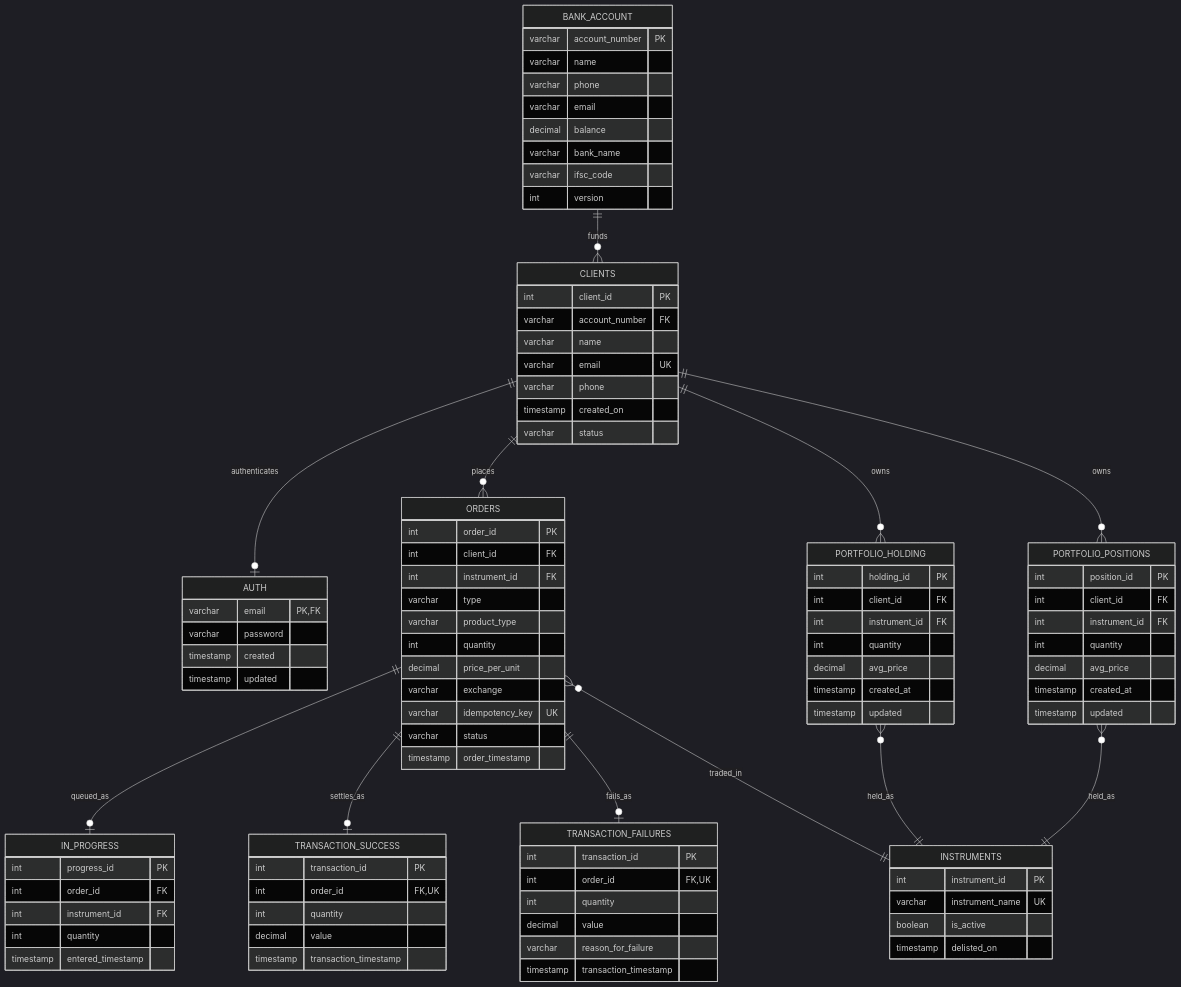
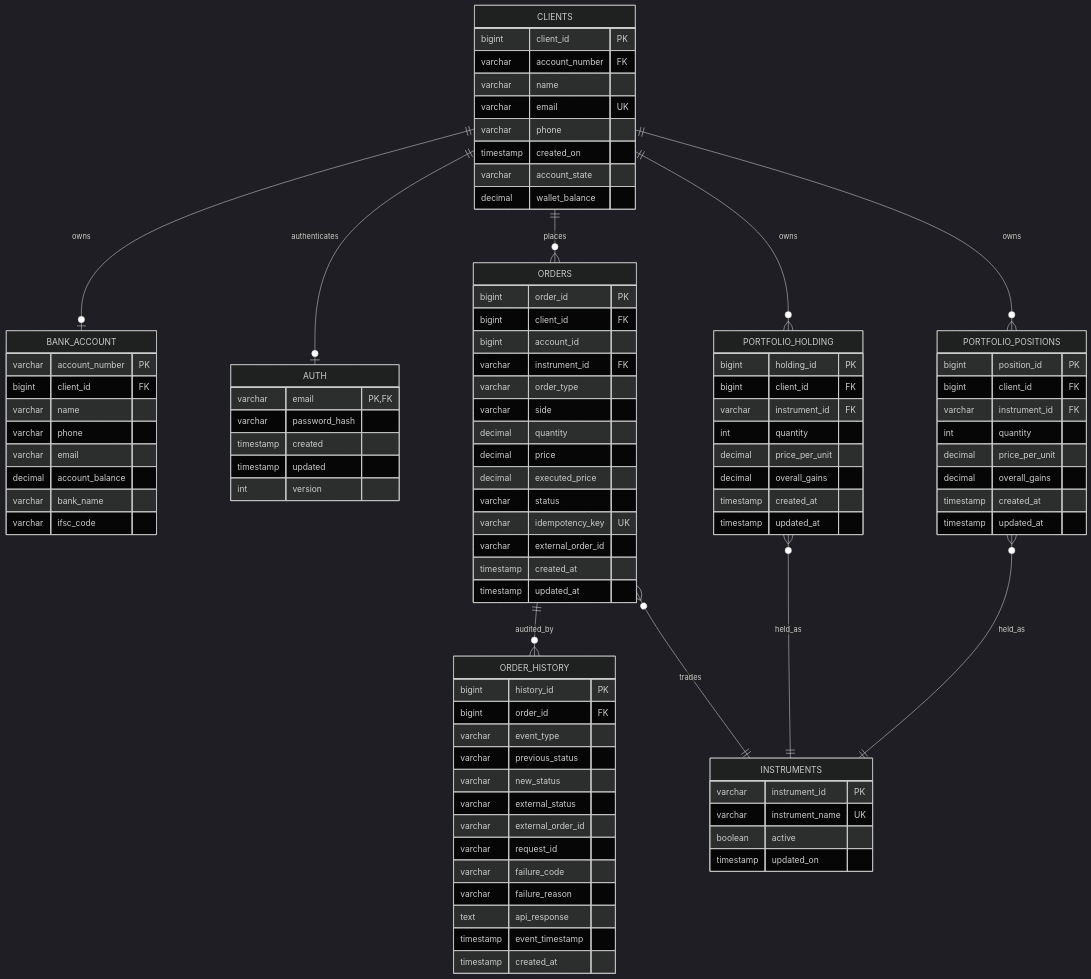
Before and after one commit to SamyukthaJ016/Chennai-capstone-SE3-Team1: the first of 2 diagrams in docs/erd.md, drawn with Mermaid (dark theme). The commit also changed other lines of this file and 51 other files, not shown here.

````diff
--- a/docs/erd.md
+++ b/docs/erd.md
@@ -9,98 +24,96 @@
 erDiagram
     BANK_ACCOUNT {
         varchar   account_number  PK
+        bigint    client_id       FK
         varchar   name
         varchar   phone
         varchar   email
-        decimal   balance
+        decimal   account_balance
         varchar   bank_name
         varchar   ifsc_code
-        int       version
     }
     CLIENTS {
-        int       client_id       PK
+        bigint    client_id       PK
         varchar   account_number  FK
         varchar   name
         varchar   email           UK
         varchar   phone
         timestamp created_on
-        varchar   status
+        varchar   account_state
+        decimal   wallet_balance
     }
     AUTH {
         varchar   email           PK,FK
-        varchar   password
+        varchar   password_hash
         timestamp created
         timestamp updated
+        int       version
+    }
+    INSTRUMENTS {
+        varchar   instrument_id   PK
+        varchar   instrument_name UK
+        boolean   active
+        timestamp updated_on
     }
     ORDERS {
-        int       order_id        PK
-        int       client_id       FK
-        int       instrument_id   FK
-        varchar   type
-        varchar   product_type
+        bigint    order_id          PK
+        bigint    client_id         FK
+        bigint    account_id
+        varchar   instrument_id     FK
+        varchar   order_type
+        varchar   side
+        decimal   quantity
+        decimal   price
+        decimal   executed_price
+        varchar   status
+        varchar   idempotency_key   UK
+        varchar   external_order_id
+        timestamp created_at
+        timestamp updated_at
+    }
+    ORDER_HISTORY {
+        bigint    history_id        PK
+        bigint    order_id          FK
+        varchar   event_type
+        varchar   previous_status
+        varchar   new_status
+        varchar   external_status
+        varchar   external_order_id
+        varchar   request_id
+        varchar   failure_code
+        varchar   failure_reason
+        text      api_response
+        timestamp event_timestamp
+        timestamp created_at
+    }
+    PORTFOLIO_HOLDING {
+        bigint    holding_id      PK
+        bigint    client_id       FK
+        varchar   instrument_id   FK
         int       quantity
         decimal   price_per_unit
-        varchar   exchange
-        varchar   idempotency_key UK
-        varchar   status
-        timestamp order_timestamp
-    }
-    PORTFOLIO_HOLDING {
-        int       holding_id      PK
-        int       client_id       FK
-        int       instrument_id   FK
-        int       quantity
-        decimal   avg_price
+        decimal   overall_gains
         timestamp created_at
-        timestamp updated
+        timestamp updated_at
     }
     PORTFOLIO_POSITIONS {
-        int       position_id     PK
-        int       client_id       FK
-        int       instrument_id   FK
+        bigint    position_id     PK
+        bigint    client_id       FK
+        varchar   instrument_id   FK
         int       quantity
-        decimal   avg_price
+        decimal   price_per_unit
+        decimal   overall_gains
         timestamp created_at
-        timestamp updated
-    }
-    IN_PROGRESS {
-        int       progress_id     PK
-        int       order_id        FK
-        int       instrument_id   FK
-        int       quantity
-        timestamp entered_timestamp
-    }
-    TRANSACTION_SUCCESS {
-        int       transaction_id  PK
-        int       order_id        FK,UK
-        int       quantity
-        decimal   value
-        timestamp transaction_timestamp
-    }
-    TRANSACTION_FAILURES {
-        int       transaction_id  PK
-        int       order_id        FK,UK
-        int       quantity
-        decimal   value
-        varchar   reason_for_failure
-        timestamp transaction_timestamp
-    }
-    INSTRUMENTS {
-        int       instrument_id   PK
-        varchar   instrument_name UK
-        boolean   is_active
-        timestamp delisted_on
+        timestamp updated_at
     }
 
-    BANK_ACCOUNT         ||--o{ CLIENTS              : funds
-    CLIENTS              ||--o| AUTH                 : authenticates
-    CLIENTS              ||--o{ ORDERS               : places
-    CLIENTS              ||--o{ PORTFOLIO_HOLDING    : owns
-    CLIENTS              ||--o{ PORTFOLIO_POSITIONS  : owns
-    ORDERS               ||--o| IN_PROGRESS          : queued_as
-    ORDERS               ||--o| TRANSACTION_SUCCESS  : settles_as
-    ORDERS               ||--o| TRANSACTION_FAILURES : fails_as
-    ORDERS               }o--|| INSTRUMENTS          : traded_in
-    PORTFOLIO_HOLDING    }o--|| INSTRUMENTS          : held_as
-    PORTFOLIO_POSITIONS  }o--|| INSTRUMENTS          : held_as
+    CLIENTS              ||--o| BANK_ACCOUNT        : owns
+    CLIENTS              ||--o| AUTH                : authenticates
+    CLIENTS              ||--o{ ORDERS              : places
+    ORDERS               ||--o{ ORDER_HISTORY       : audited_by
+    ORDERS               }o--|| INSTRUMENTS         : trades
+    CLIENTS              ||--o{ PORTFOLIO_HOLDING   : owns
+    CLIENTS              ||--o{ PORTFOLIO_POSITIONS : owns
+    PORTFOLIO_HOLDING    }o--|| INSTRUMENTS         : held_as
+    PORTFOLIO_POSITIONS  }o--|| INSTRUMENTS         : held_as
 ```
````
